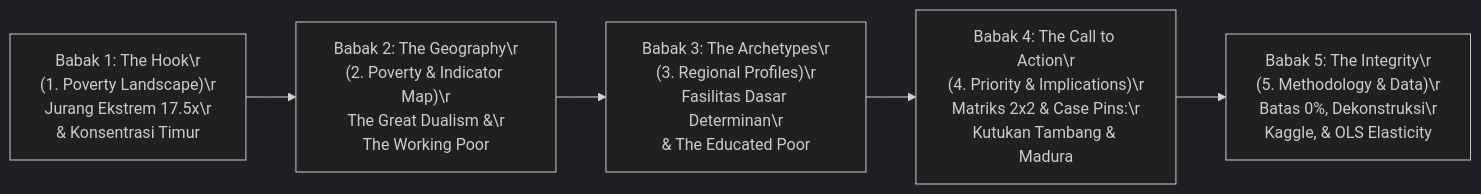
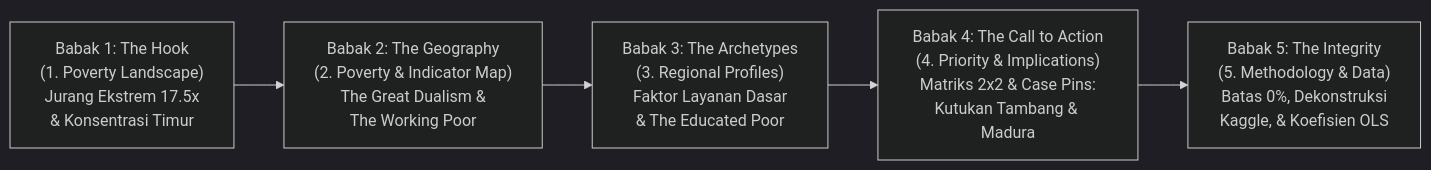
One commit to Arfiadi/poverty-radar changed the first of 2 diagrams in docs/design.md. Above: the diagram before and after it, drawn with Mermaid (dark theme). The commit also changed other lines of this file, not shown here.

````diff
--- a/docs/design.md
+++ b/docs/design.md
@@ -39,7 +39,7 @@
 ```mermaid
 flowchart LR
-    A["Babak 1: The Hook\r\n(1. Poverty Landscape)\r\nJurang Ekstrem 17.5x\r\n& Konsentrasi Timur"] --> B["Babak 2: The Geography\r\n(2. Poverty & Indicator Map)\r\nThe Great Dualism &\r\nThe Working Poor"]
-    B --> C["Babak 3: The Archetypes\r\n(3. Regional Profiles)\r\nFasilitas Dasar Determinan\r\n& The Educated Poor"]
-    C --> D["Babak 4: The Call to Action\r\n(4. Priority & Implications)\r\nMatriks 2x2 & Case Pins:\r\nKutukan Tambang & Madura"]
-    D --> E["Babak 5: The Integrity\r\n(5. Methodology & Data)\r\nBatas 0%, Dekonstruksi\r\nKaggle, & OLS Elasticity"]
+    A["Babak 1: The Hook<br/>(1. Poverty Landscape)<br/>Jurang Ekstrem 17.5x<br/>& Konsentrasi Timur"] --> B["Babak 2: The Geography<br/>(2. Poverty & Indicator Map)<br/>The Great Dualism &<br/>The Working Poor"]
+    B --> C["Babak 3: The Archetypes<br/>(3. Regional Profiles)<br/>Faktor Layanan Dasar<br/>& The Educated Poor"]
+    C --> D["Babak 4: The Call to Action<br/>(4. Priority & Implications)<br/>Matriks 2x2 & Case Pins:<br/>Kutukan Tambang & Madura"]
+    D --> E["Babak 5: The Integrity<br/>(5. Methodology & Data)<br/>Batas 0%, Dekonstruksi<br/>Kaggle, & Koefisien OLS"]
 ```
````
